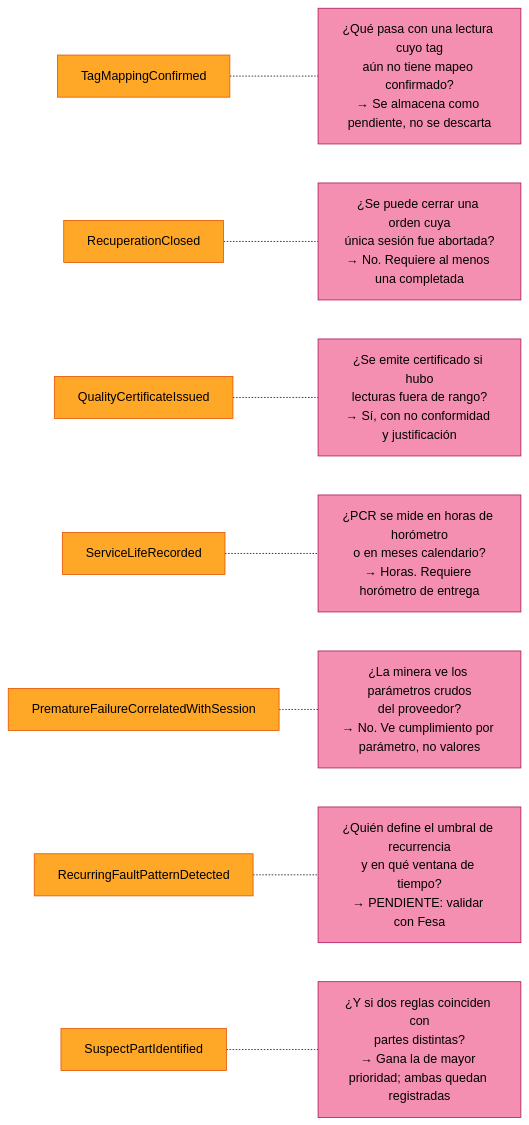
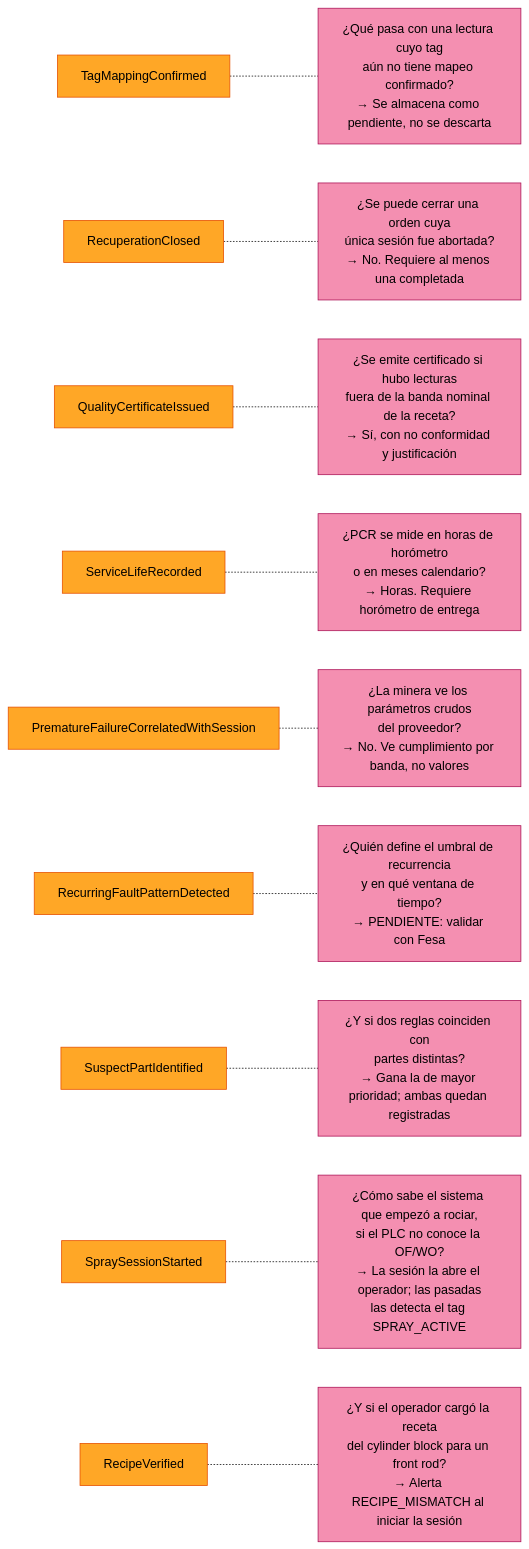
The sixth of 7 diagrams in README.md (upc-pre-202620-1asi0729-7753-innovacorp/reliant-report), drawn with Mermaid (base theme) before and after one commit. The commit also changed other lines of this file, not shown here.

````diff
--- a/README.md
+++ b/README.md
@@ -1164,33 +1202,41 @@
 ```mermaid
 flowchart LR
     classDef evento fill:#FFA726,stroke:#E65100,color:#000
     classDef problema fill:#F48FB1,stroke:#AD1457,color:#000
 
     TagMappingConfirmed:::evento
     P1["¿Qué pasa con una lectura cuyo tag<br/>aún no tiene mapeo confirmado?<br/>→ Se almacena como pendiente, no se descarta"]:::problema
     TagMappingConfirmed -.- P1
 
     RecuperationClosed:::evento
     P2["¿Se puede cerrar una orden cuya<br/>única sesión fue abortada?<br/>→ No. Requiere al menos una completada"]:::problema
     RecuperationClosed -.- P2
 
     QualityCertificateIssued:::evento
-    P3["¿Se emite certificado si hubo<br/>lecturas fuera de rango?<br/>→ Sí, con no conformidad y justificación"]:::problema
+    P3["¿Se emite certificado si hubo lecturas<br/>fuera de la banda nominal de la receta?<br/>→ Sí, con no conformidad y justificación"]:::problema
     QualityCertificateIssued -.- P3
 
     ServiceLifeRecorded:::evento
     P4["¿PCR se mide en horas de horómetro<br/>o en meses calendario?<br/>→ Horas. Requiere horómetro de entrega"]:::problema
     ServiceLifeRecorded -.- P4
 
     PrematureFailureCorrelatedWithSession:::evento
-    P5["¿La minera ve los parámetros crudos<br/>del proveedor?<br/>→ No. Ve cumplimiento por parámetro, no valores"]:::problema
+    P5["¿La minera ve los parámetros crudos<br/>del proveedor?<br/>→ No. Ve cumplimiento por banda, no valores"]:::problema
     PrematureFailureCorrelatedWithSession -.- P5
 
     RecurringFaultPatternDetected:::evento
     P6["¿Quién define el umbral de recurrencia<br/>y en qué ventana de tiempo?<br/>→ PENDIENTE: validar con Fesa"]:::problema
     RecurringFaultPatternDetected -.- P6
 
     SuspectPartIdentified:::evento
     P7["¿Y si dos reglas coinciden con<br/>partes distintas?<br/>→ Gana la de mayor prioridad; ambas quedan registradas"]:::problema
     SuspectPartIdentified -.- P7
+
+    SpraySessionStarted:::evento
+    P8["¿Cómo sabe el sistema que empezó a rociar,<br/>si el PLC no conoce la OF/WO?<br/>→ La sesión la abre el operador; las pasadas<br/>las detecta el tag SPRAY_ACTIVE"]:::problema
+    SpraySessionStarted -.- P8
+
+    RecipeVerified:::evento
+    P9["¿Y si el operador cargó la receta<br/>del cylinder block para un front rod?<br/>→ Alerta RECIPE_MISMATCH al iniciar la sesión"]:::problema
+    RecipeVerified -.- P9
 ```
````
